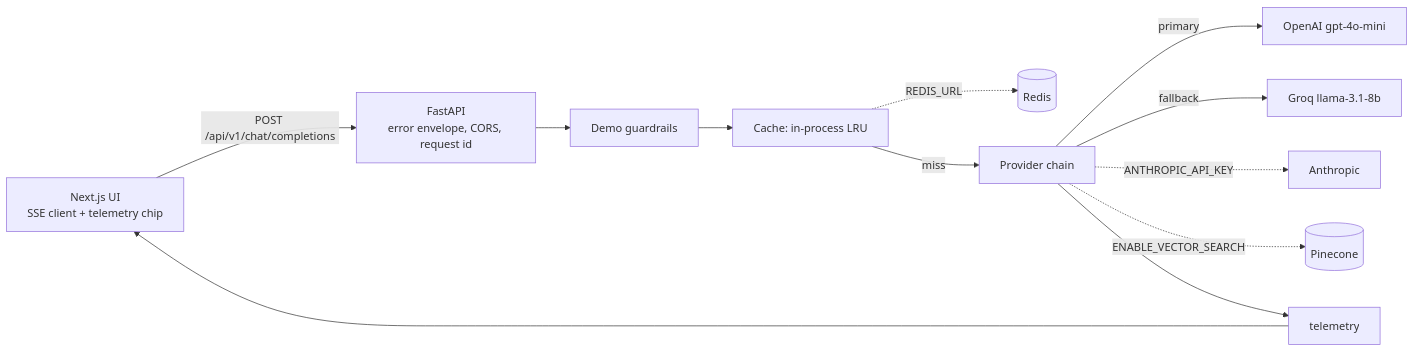
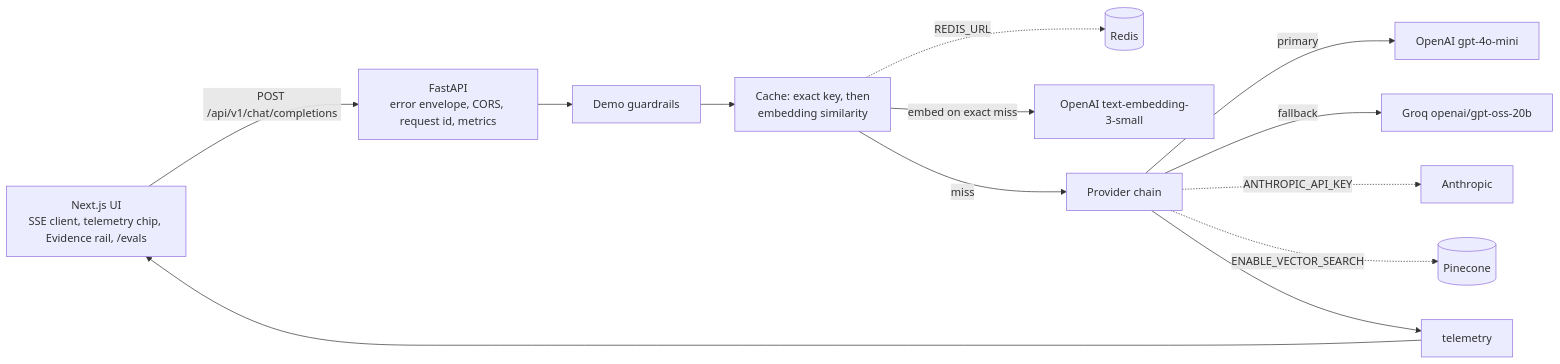
Before and after one commit to cbratkovics/chatbot-ai-system: the diagram in README.md, drawn with Mermaid. The commit also changed other lines of this file and 13 other files, not shown here.

Commit message:
docs: ADR 0006 evals as artifacts, README around /evals, supersede pre-SSE deployment notes

````diff
--- a/README.md
+++ b/README.md
@@ -77,13 +96,14 @@
 ```mermaid
 flowchart LR
-    UI[Next.js UI<br/>SSE client + telemetry chip] -->|POST /api/v1/chat/completions| API[FastAPI<br/>error envelope, CORS, request id]
+    UI[Next.js UI<br/>SSE client, telemetry chip, Evidence rail, /evals] -->|POST /api/v1/chat/completions| API[FastAPI<br/>error envelope, CORS, request id, metrics]
     API --> GUARD[Demo guardrails]
-    GUARD --> CACHE[Cache: in-process LRU]
+    GUARD --> CACHE[Cache: exact key, then<br/>embedding similarity]
     CACHE -.->|REDIS_URL| REDIS[(Redis)]
+    CACHE -->|embed on exact miss| EMB[OpenAI text-embedding-3-small]
     CACHE -->|miss| CHAIN[Provider chain]
     CHAIN -->|primary| OAI[OpenAI gpt-4o-mini]
-    CHAIN -->|fallback| GROQ[Groq llama-3.1-8b]
+    CHAIN -->|fallback| GROQ[Groq openai/gpt-oss-20b]
     CHAIN -.->|ANTHROPIC_API_KEY| ANTH[Anthropic]
     CHAIN -.->|ENABLE_VECTOR_SEARCH| PINE[(Pinecone)]
     CHAIN --> TEL[telemetry] --> UI
 ```
````
